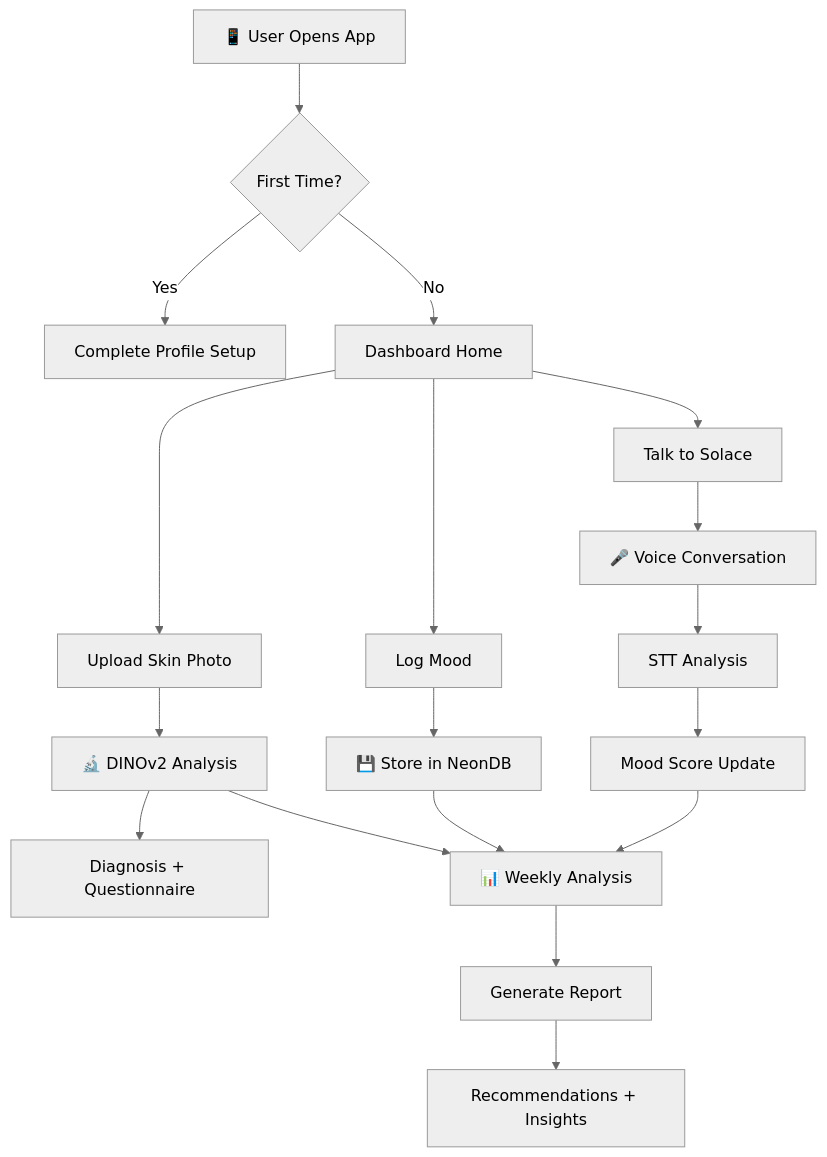
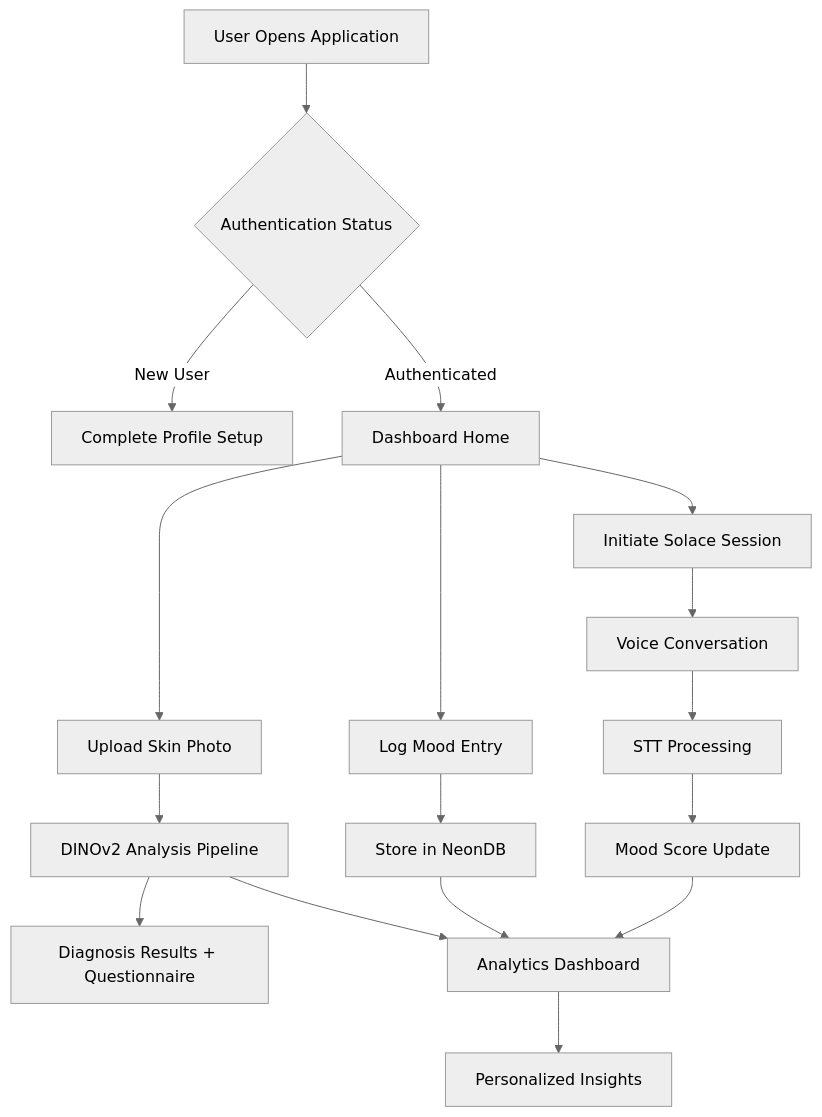
Before and after one commit to Goyam02/dermora-DUHacks: the diagram in README.md, drawn with Mermaid (neutral theme). The commit also changed other lines of this file and 6 other files, not shown here.

````diff
--- a/README.md
+++ b/README.md
@@ -161,25 +182,24 @@
 ```mermaid
 graph TD
-    A[📱 User Opens App] --> B{First Time?}
-    B -->|Yes| C[Complete Profile Setup]
-    B -->|No| D[Dashboard Home]
+    A[User Opens Application] --> B{Authentication Status}
+    B -->|New User| C[Complete Profile Setup]
+    B -->|Authenticated| D[Dashboard Home]
     
     D --> E[Upload Skin Photo]
-    E --> F[🔬 DINOv2 Analysis]
-    F --> G[Diagnosis + Questionnaire]
+    E --> F[DINOv2 Analysis Pipeline]
+    F --> G[Diagnosis Results + Questionnaire]
     
-    D --> H[Log Mood]
-    H --> I[💾 Store in NeonDB]
+    D --> H[Log Mood Entry]
+    H --> I[Store in NeonDB]
     
-    D --> J[Talk to Solace]
-    J --> K[🎤 Voice Conversation]
-    K --> L[STT Analysis]
+    D --> J[Initiate Solace Session]
+    J --> K[Voice Conversation]
+    K --> L[STT Processing]
     L --> M[Mood Score Update]
     
-    I --> N[📊 Weekly Analysis]
+    I --> N[Analytics Dashboard]
     M --> N
     F --> N
     
-    N --> O[Generate Report]
-    O --> P[Recommendations + Insights]
+    N --> O[Personalized Insights]
 ```
````
